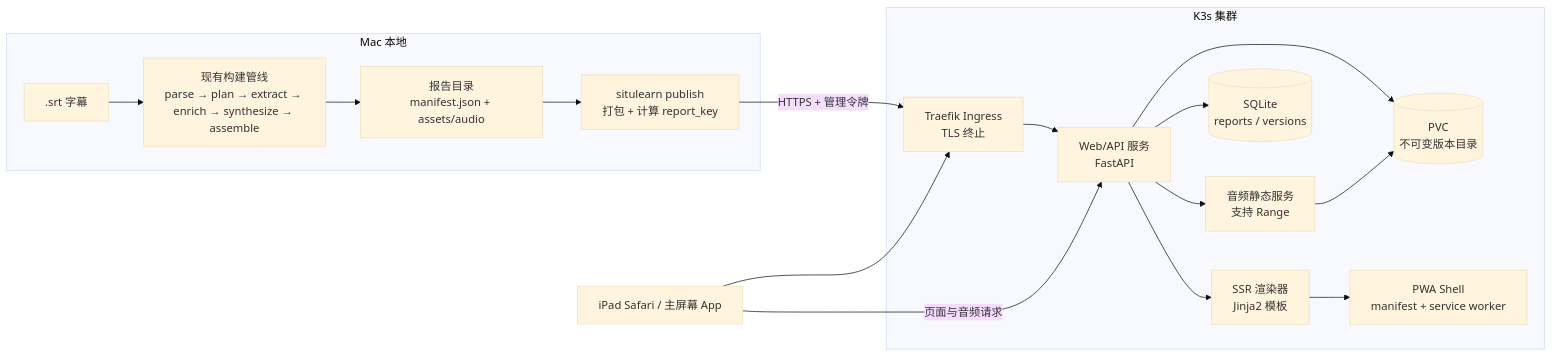
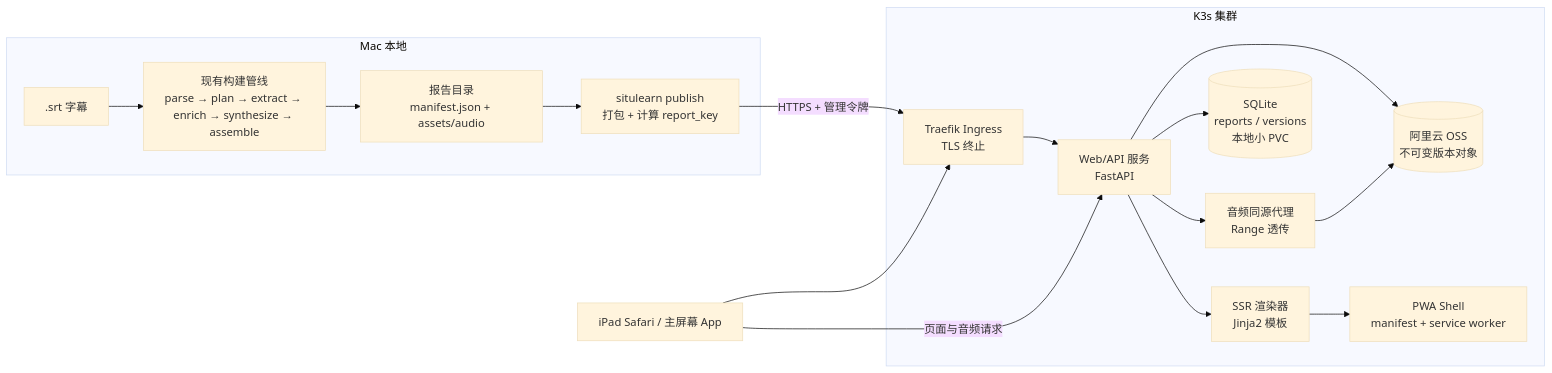
One commit to dream-365/SituationalLearning changed the first of 2 diagrams in docs/specs/SPEC-002-report-web-publishing/spec.md. Above: the diagram before and after it, drawn with Mermaid (base theme). The commit also changed other lines of this file and 4 other files, not shown here.

````diff
--- a/docs/specs/SPEC-002-report-web-publishing/spec.md
+++ b/docs/specs/SPEC-002-report-web-publishing/spec.md
@@ -120,23 +120,23 @@
 ```mermaid
 flowchart LR
     subgraph MAC["Mac 本地"]
         SRT[".srt 字幕"] --> BUILD["现有构建管线<br/>parse → plan → extract → enrich → synthesize → assemble"]
         BUILD --> DIR["报告目录<br/>manifest.json + assets/audio"]
         DIR --> PUB["situlearn publish<br/>打包 + 计算 report_key"]
     end
 
     PUB -->|"HTTPS + 管理令牌"| ING["Traefik Ingress<br/>TLS 终止"]
 
     subgraph K3S["K3s 集群"]
         ING --> API["Web/API 服务<br/>FastAPI"]
         API --> SSR["SSR 渲染器<br/>Jinja2 模板"]
-        API --> DB[("SQLite<br/>reports / versions")]
-        API --> STORE[("PVC<br/>不可变版本目录")]
-        API --> AUDIO["音频静态服务<br/>支持 Range"]
+        API --> DB[("SQLite<br/>reports / versions<br/>本地小 PVC")]
+        API --> STORE[("阿里云 OSS<br/>不可变版本对象")]
+        API --> AUDIO["音频同源代理<br/>Range 透传"]
         AUDIO --> STORE
         SSR --> SHELL["PWA Shell<br/>manifest + service worker"]
     end
 
     IPAD["iPad Safari / 主屏幕 App"] --> ING
     IPAD -->|"页面与音频请求"| API
 ```
````
